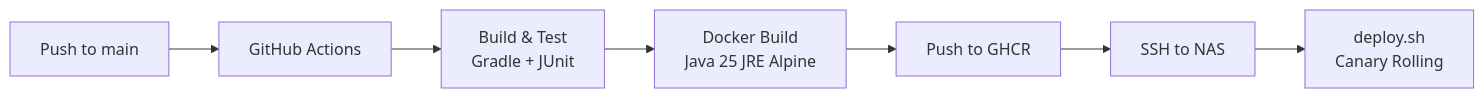
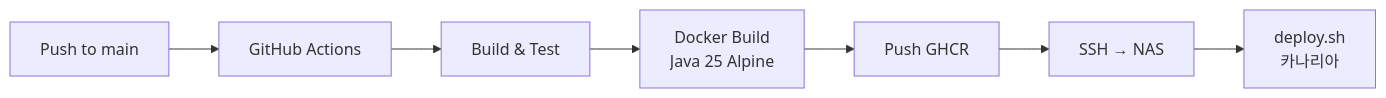
Before and after one commit to with-co-talk/co-talk-docs: the third of 3 diagrams in architecture/infrastructure.md, drawn with Mermaid. The commit also changed other lines of this file and 4 other files, not shown here.

````diff
--- a/architecture/infrastructure.md
+++ b/architecture/infrastructure.md
@@ -218,9 +124,9 @@
 ```mermaid
 graph LR
     A[Push to main] --> B[GitHub Actions]
-    B --> C[Build & Test<br/>Gradle + JUnit]
-    C --> D[Docker Build<br/>Java 25 JRE Alpine]
-    D --> E[Push to GHCR]
-    E --> F[SSH to NAS]
-    F --> G[deploy.sh<br/>Canary Rolling]
+    B --> C[Build & Test]
+    C --> D[Docker Build<br/>Java 25 Alpine]
+    D --> E[Push GHCR]
+    E --> F[SSH → NAS]
+    F --> G[deploy.sh<br/>카나리아]
 ```
````
